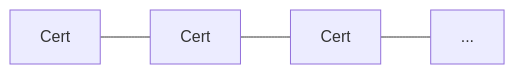
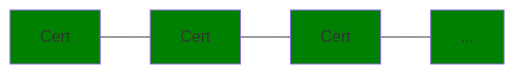
One commit to input-output-hk/catalyst-libs changed the first of 10 diagrams in rust/rbac-registration/examples.md. Above: the diagram before and after it, drawn with Mermaid. The commit also changed other lines of this file, not shown here.

````diff
--- a/rust/rbac-registration/examples.md
+++ b/rust/rbac-registration/examples.md
@@ -28,4 +28,8 @@
 ```mermaid
 flowchart LR
     Root[Cert] --- R1[Cert] --- R2[Cert] --- R3[...]
+    style Root fill: green
+    style R1 fill: green
+    style R2 fill: green
+    style R3 fill: green
 ```
````
